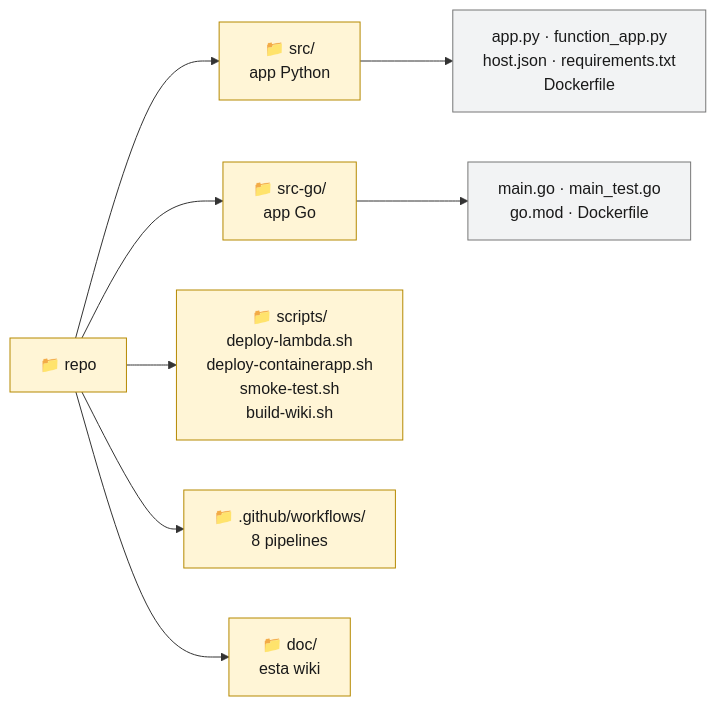
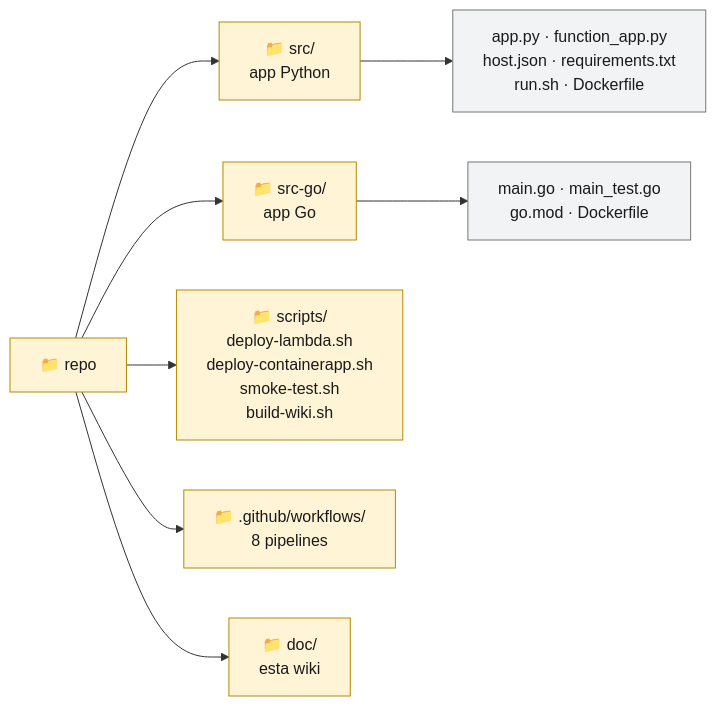
Before and after one commit to yembertQC/Reto_Platform-Enginner_ED-Team: the fifth of 5 diagrams in doc/02-Arquitectura.md, drawn with Mermaid. The commit also changed other lines of this file and 28 other files, not shown here.

````diff
--- a/doc/02-Arquitectura.md
+++ b/doc/02-Arquitectura.md
@@ -183,17 +181,17 @@
 ```mermaid
 flowchart LR
     ROOT["📁 repo"]
     ROOT --> SRC["📁 src/<br/>app Python"]
     ROOT --> SRCGO["📁 src-go/<br/>app Go"]
     ROOT --> SCR["📁 scripts/<br/>deploy-lambda.sh<br/>deploy-containerapp.sh<br/>smoke-test.sh<br/>build-wiki.sh"]
     ROOT --> WF["📁 .github/workflows/<br/>8 pipelines"]
     ROOT --> DOC["📁 doc/<br/>esta wiki"]
 
-    SRC --> S1["app.py · function_app.py<br/>host.json · requirements.txt<br/>Dockerfile"]
+    SRC --> S1["app.py · function_app.py<br/>host.json · requirements.txt<br/>run.sh · Dockerfile"]
     SRCGO --> S2["main.go · main_test.go<br/>go.mod · Dockerfile"]
 
     classDef dir fill:#FFF5D6,stroke:#B58900,color:#1a1a1a
     classDef file fill:#F2F3F4,stroke:#777,color:#1a1a1a
     class ROOT,SRC,SRCGO,SCR,WF,DOC dir
     class S1,S2 file
 ```
````
